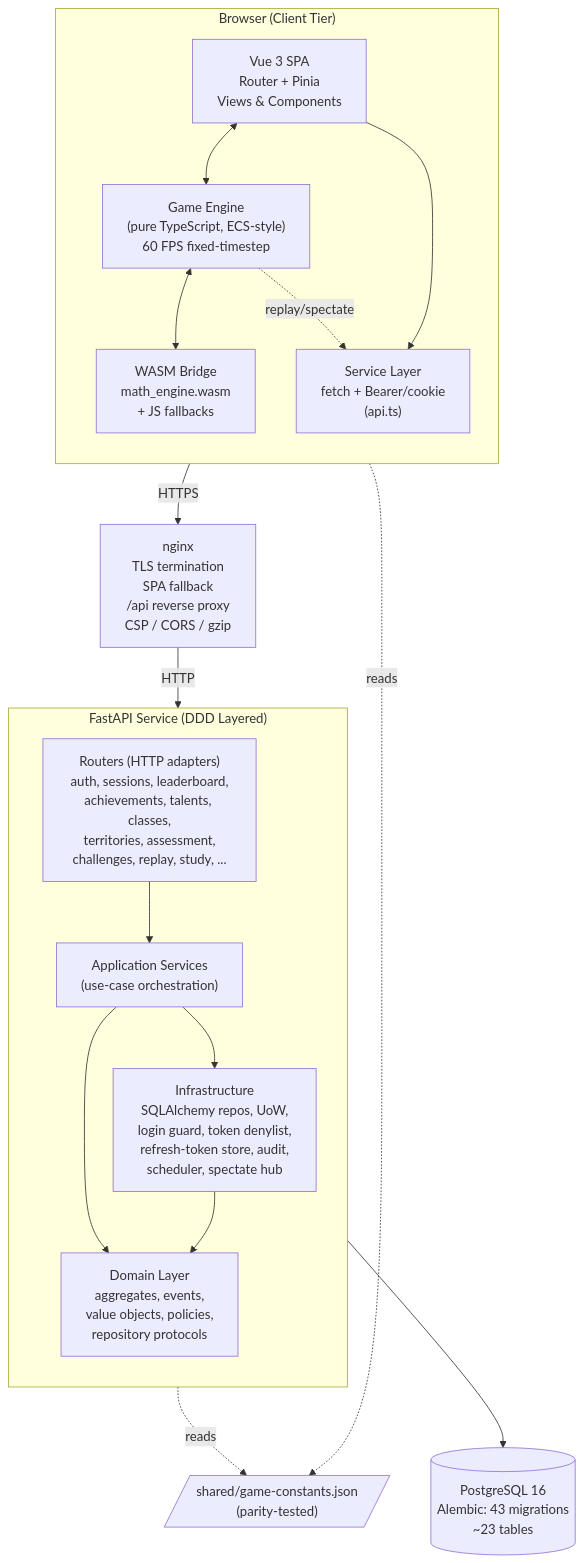
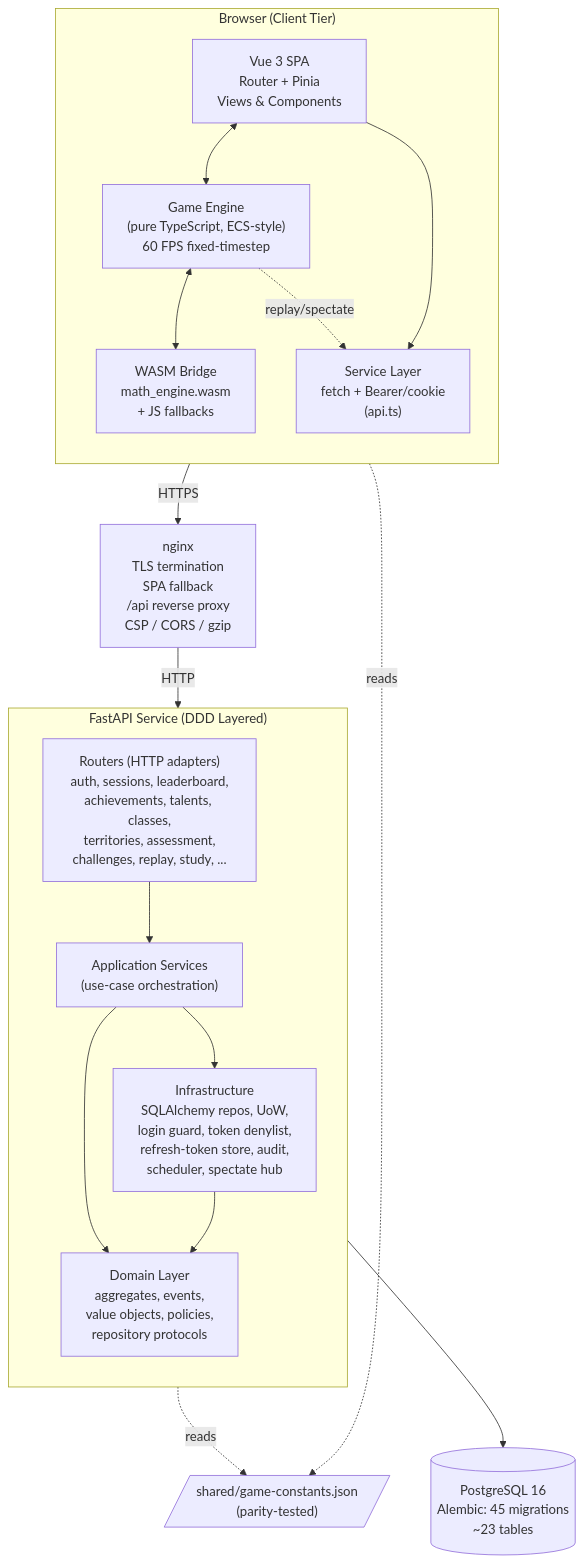
Before and after one commit to 2026-NTNU-Computer-Programming-II-POLS/Math-Defense: the first of 10 diagrams in ARCHITECTURE.md, drawn with Mermaid. The commit also changed other lines of this file, not shown here.

````diff
--- a/ARCHITECTURE.md
+++ b/ARCHITECTURE.md
@@ -39,36 +39,36 @@
 ```mermaid
 flowchart TB
     subgraph Client["Browser (Client Tier)"]
         direction TB
         SPA["Vue 3 SPA<br/>Router + Pinia<br/>Views & Components"]
         Engine["Game Engine<br/>(pure TypeScript, ECS-style)<br/>60 FPS fixed-timestep"]
         WASM["WASM Bridge<br/>math_engine.wasm<br/>+ JS fallbacks"]
         APIClient["Service Layer<br/>fetch + Bearer/cookie<br/>(api.ts)"]
         SPA <--> Engine
         Engine <--> WASM
         SPA --> APIClient
         Engine -.replay/spectate.-> APIClient
     end
 
     Nginx["nginx<br/>TLS termination<br/>SPA fallback<br/>/api reverse proxy<br/>CSP / CORS / gzip"]
 
     subgraph Backend["FastAPI Service (DDD Layered)"]
         direction TB
         Routers["Routers (HTTP adapters)<br/>auth, sessions, leaderboard,<br/>achievements, talents, classes,<br/>territories, assessment,<br/>challenges, replay, study, ..."]
         AppSvc["Application Services<br/>(use-case orchestration)"]
         Domain["Domain Layer<br/>aggregates, events,<br/>value objects, policies,<br/>repository protocols"]
         Infra["Infrastructure<br/>SQLAlchemy repos, UoW,<br/>login guard, token denylist,<br/>refresh-token store, audit,<br/>scheduler, spectate hub"]
         Routers --> AppSvc --> Domain
         AppSvc --> Infra
         Infra --> Domain
     end
 
-    DB[("PostgreSQL 16<br/>Alembic: 43 migrations<br/>~23 tables")]
+    DB[("PostgreSQL 16<br/>Alembic: 45 migrations<br/>~23 tables")]
     Shared[/"shared/game-constants.json<br/>(parity-tested)"/]
 
     Client -- HTTPS --> Nginx
     Nginx -- HTTP --> Routers
     Infra --> DB
     Engine -. reads .-> Shared
     Backend -. reads .-> Shared
 ```
````
